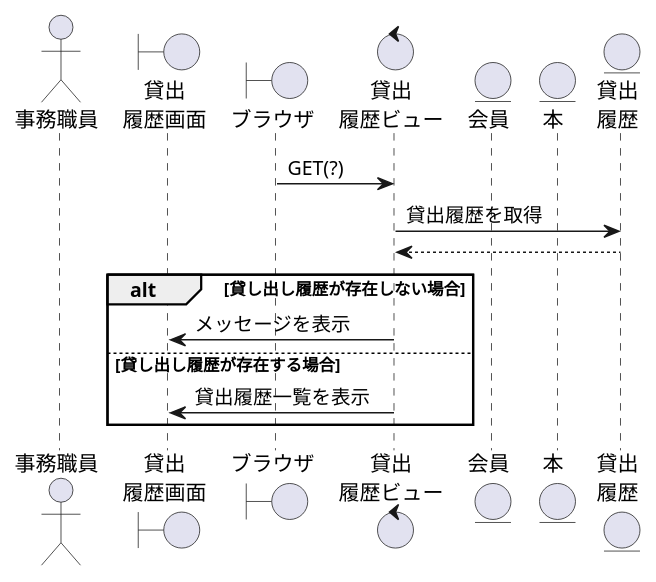
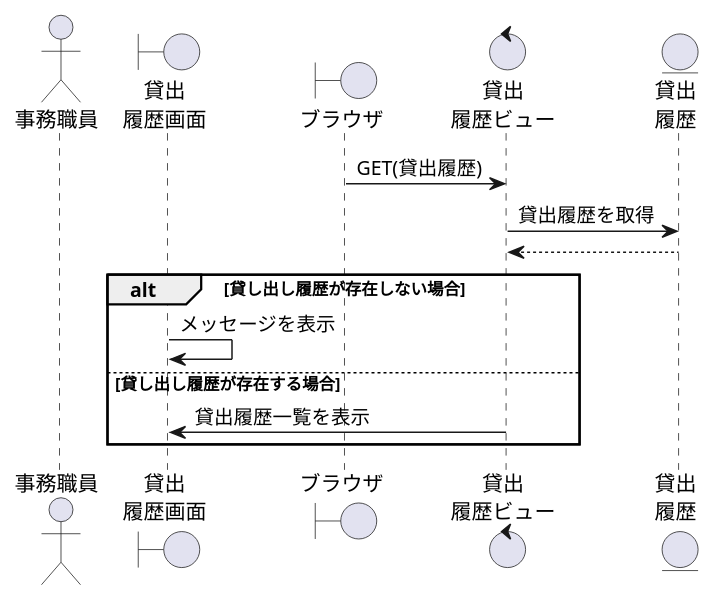
One commit to ysyk-wtnb16/team_D changed the diagram in 効果測定/貸出履歴.wsd. Above: the diagram before and after it, drawn with PlantUML. The commit also changed 3 other files, not shown here.

```diff
--- a/効果測定/貸出履歴.wsd
+++ b/効果測定/貸出履歴.wsd
@@ -1,20 +1,18 @@
 @startuml KR
-
+ 
 actor "事務職員" as staff
 boundary "貸出\n履歴画面" as KRs
 boundary "ブラウザ" as brz
 control "貸出\n履歴ビュー" as KRv
-entity "会員" as member
-entity "本" as bookr
 entity "貸出\n履歴" as KR
-
-brz -> KRv: GET(?)
+ 
+brz -> KRv: GET(貸出履歴)
 KRv -> KR: 貸出履歴を取得
 KRv <-- KR:
 alt 貸し出し履歴が存在しない場合
-KRs <- KRv:メッセージを表示
+KRs -> KRs:メッセージを表示
 else 貸し出し履歴が存在する場合
 KRs <- KRv:貸出履歴一覧を表示
 end
-
+ 
 @enduml
```
